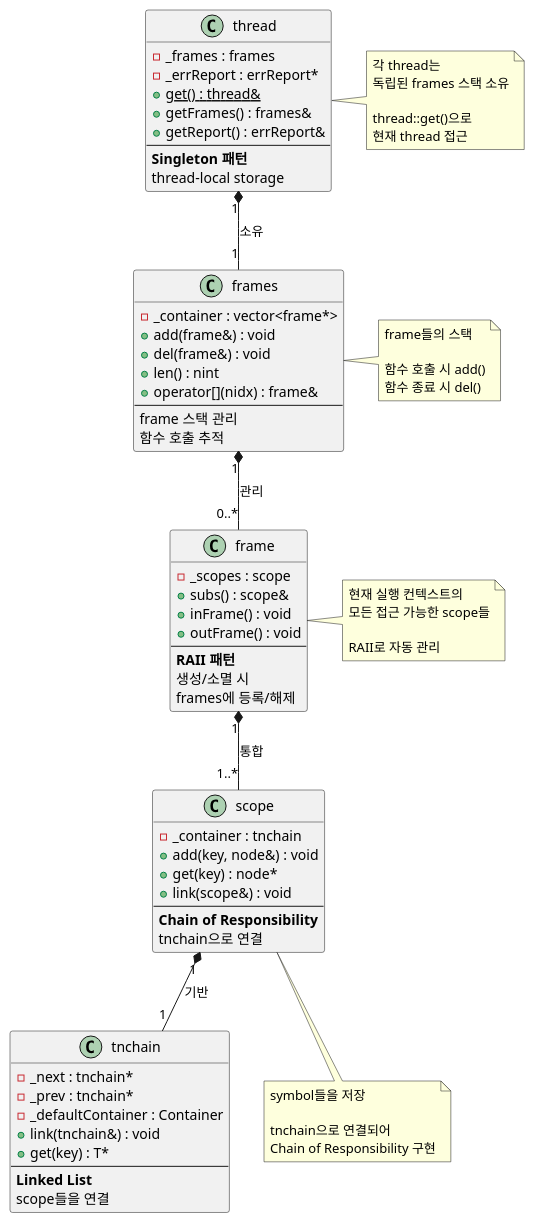
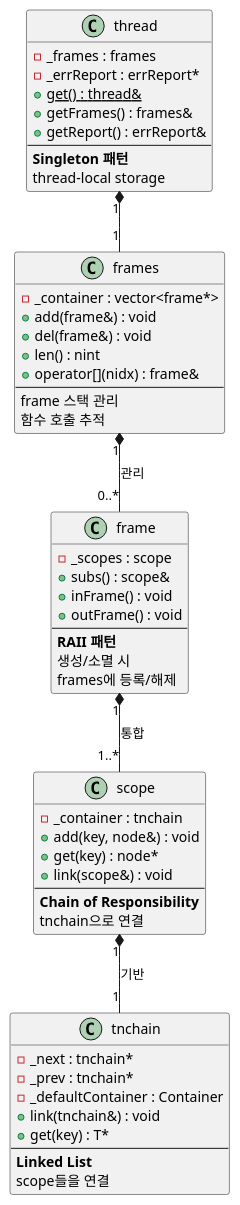
One commit to byeolang/byeol changed diagram 11 of 19 in doc/ref/ko/ai-architecture-core.md. Above: the diagram before and after it, drawn with PlantUML. The commit also changed other lines of this file, not shown here.

```diff
--- a/doc/ref/ko/ai-architecture-core.md
+++ b/doc/ref/ko/ai-architecture-core.md
@@ -2627,38 +2499,8 @@
     scope들을 연결
 }
 
-thread "1" *-- "1" frames : 소유
+thread "1" *-- "1" frames
 frames "1" *-- "0..*" frame : 관리
 frame "1" *-- "1..*" scope : 통합
 scope "1" *-- "1" tnchain : 기반
-
-note right of thread
-  각 thread는
-  독립된 frames 스택 소유
-
-  thread::get()으로
-  현재 thread 접근
-end note
-
-note right of frames
-  frame들의 스택
-
-  함수 호출 시 add()
-  함수 종료 시 del()
-end note
-
-note right of frame
-  현재 실행 컨텍스트의
-  모든 접근 가능한 scope들
-
-  RAII로 자동 관리
-end note
-
-note bottom of scope
-  symbol들을 저장
-
-  tnchain으로 연결되어
-  Chain of Responsibility 구현
-end note
-
 @enduml
```
